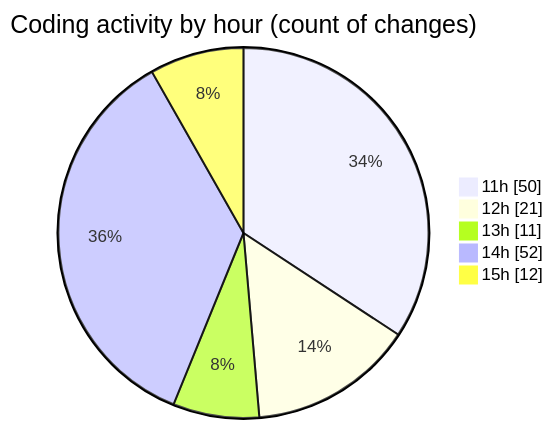
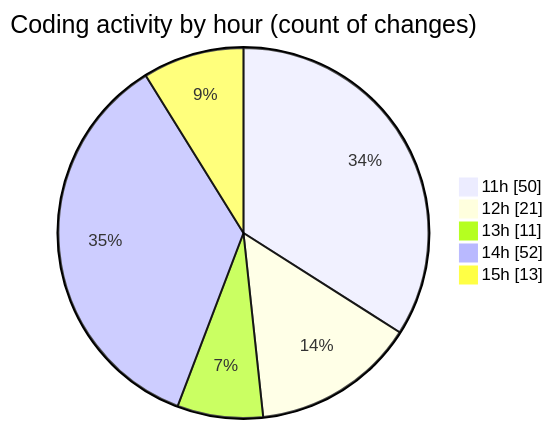
Before and after one commit to tmsrecording-cyber/code-tracking: the second of 2 diagrams in 2026-02-06/singularitybrainai/README.md, drawn with Mermaid. The commit also changed other lines of this file and 1 other file, not shown here.

````diff
--- a/2026-02-06/singularitybrainai/README.md
+++ b/2026-02-06/singularitybrainai/README.md
@@ -42,9 +42,9 @@
 ```mermaid
 pie showData
 title Coding activity by hour (count of changes)
 "11h" : 50
 "12h" : 21
 "13h" : 11
 "14h" : 52
-"15h" : 12
+"15h" : 13
 ```
````
